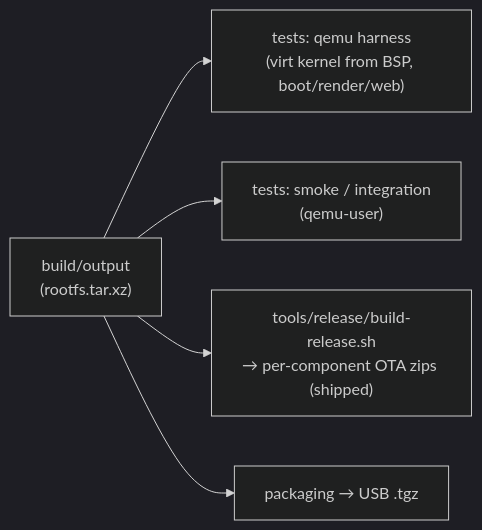
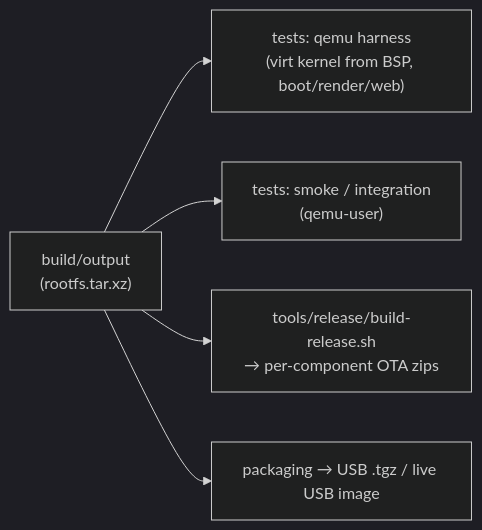
The second of 2 diagrams in docs/build-process.md (maci0/reforge), drawn with Mermaid (dark theme) before and after one commit. The commit also changed other lines of this file and 105 other files, not shown here.

````diff
--- a/docs/build-process.md
+++ b/docs/build-process.md
@@ -64,7 +95,7 @@
 ```mermaid
 flowchart LR
     OUT["build/output<br/>(rootfs.tar.xz)"] --> H1["tests: qemu harness<br/>(virt kernel from BSP, boot/render/web)"]
     OUT --> H2["tests: smoke / integration<br/>(qemu-user)"]
-    OUT --> H3["tools/release/build-release.sh<br/>→ per-component OTA zips (shipped)"]
-    OUT --> H4["packaging → USB .tgz"]
+    OUT --> H3["tools/release/build-release.sh<br/>→ per-component OTA zips"]
+    OUT --> H4["packaging → USB .tgz / live USB image"]
 ```
````
